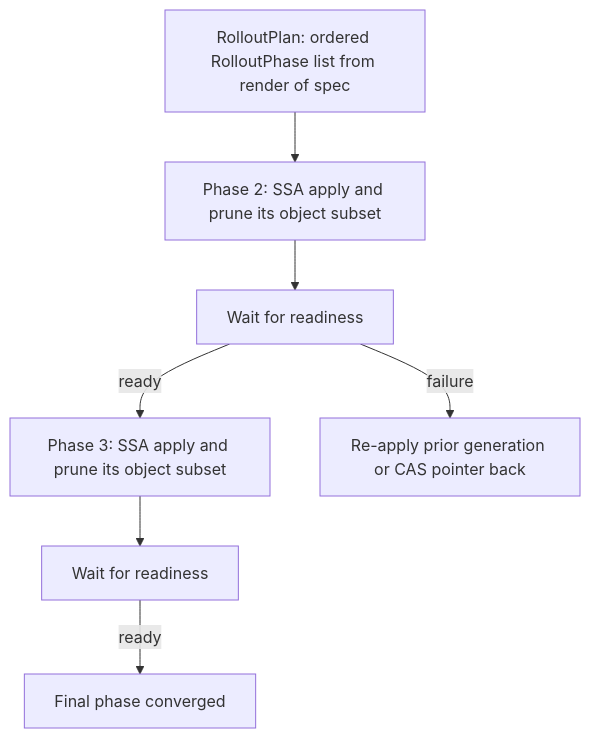
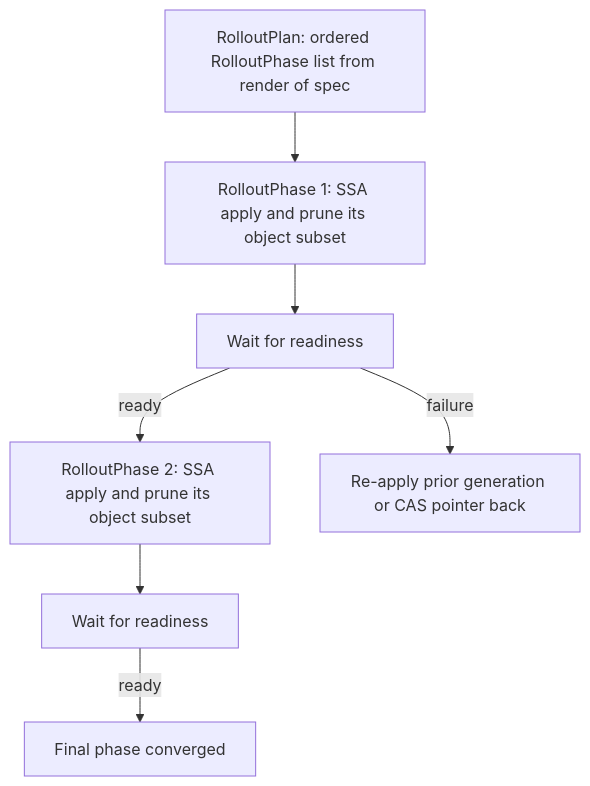
Before and after one commit to Tuee22/amoebius: the third of 4 diagrams in documents/engineering/manifest_generation_doctrine.md, drawn with Mermaid. The commit also changed 15 other files, not shown here.

````diff
--- a/documents/engineering/manifest_generation_doctrine.md
+++ b/documents/engineering/manifest_generation_doctrine.md
@@ -299,9 +299,9 @@
 ```mermaid
 flowchart TD
-  plan[RolloutPlan: ordered RolloutPhase list from render of spec] --> p1[Phase 2: SSA apply and prune its object subset]
+  plan[RolloutPlan: ordered RolloutPhase list from render of spec] --> p1[RolloutPhase 1: SSA apply and prune its object subset]
   p1 --> g1[Wait for readiness]
-  g1 -->|ready| p2[Phase 3: SSA apply and prune its object subset]
+  g1 -->|ready| p2[RolloutPhase 2: SSA apply and prune its object subset]
   p2 --> g2[Wait for readiness]
   g2 -->|ready| pn[Final phase converged]
   g1 -->|failure| rb[Re-apply prior generation or CAS pointer back]
 ```
````
